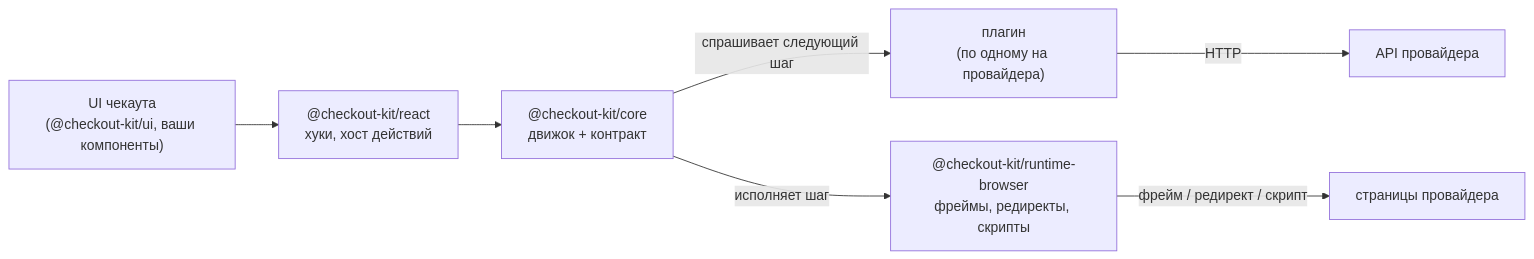
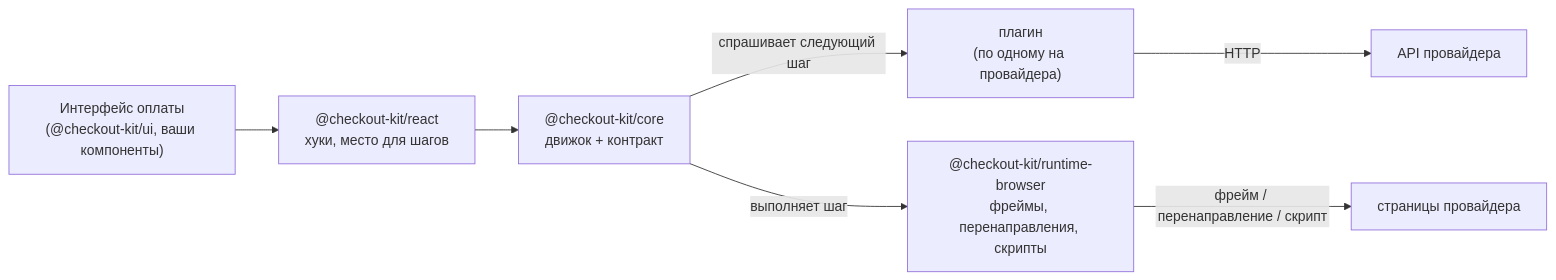
One commit to pavel-labs/checkout-kit changed the first of 3 diagrams in docs/ru/architecture.md. Above: the diagram before and after it, drawn with Mermaid. The commit also changed other lines of this file and 94 other files, not shown here.

````diff
--- a/docs/ru/architecture.md
+++ b/docs/ru/architecture.md
@@ -42,9 +44,9 @@
 ```mermaid
 flowchart LR
-    UI["UI чекаута<br/>(@checkout-kit/ui, ваши компоненты)"] --> R["@checkout-kit/react<br/>хуки, хост действий"]
+    UI["Интерфейс оплаты<br/>(@checkout-kit/ui, ваши компоненты)"] --> R["@checkout-kit/react<br/>хуки, место для шагов"]
     R --> E["@checkout-kit/core<br/>движок + контракт"]
     E -->|"спрашивает следующий шаг"| P["плагин<br/>(по одному на провайдера)"]
-    E -->|"исполняет шаг"| RN["@checkout-kit/runtime-browser<br/>фреймы, редиректы, скрипты"]
+    E -->|"выполняет шаг"| RN["@checkout-kit/runtime-browser<br/>фреймы, перенаправления, скрипты"]
     P -->|"HTTP"| API["API провайдера"]
-    RN -->|"фрейм / редирект / скрипт"| BANK["страницы провайдера"]
+    RN -->|"фрейм / перенаправление / скрипт"| BANK["страницы провайдера"]
 ```
````
